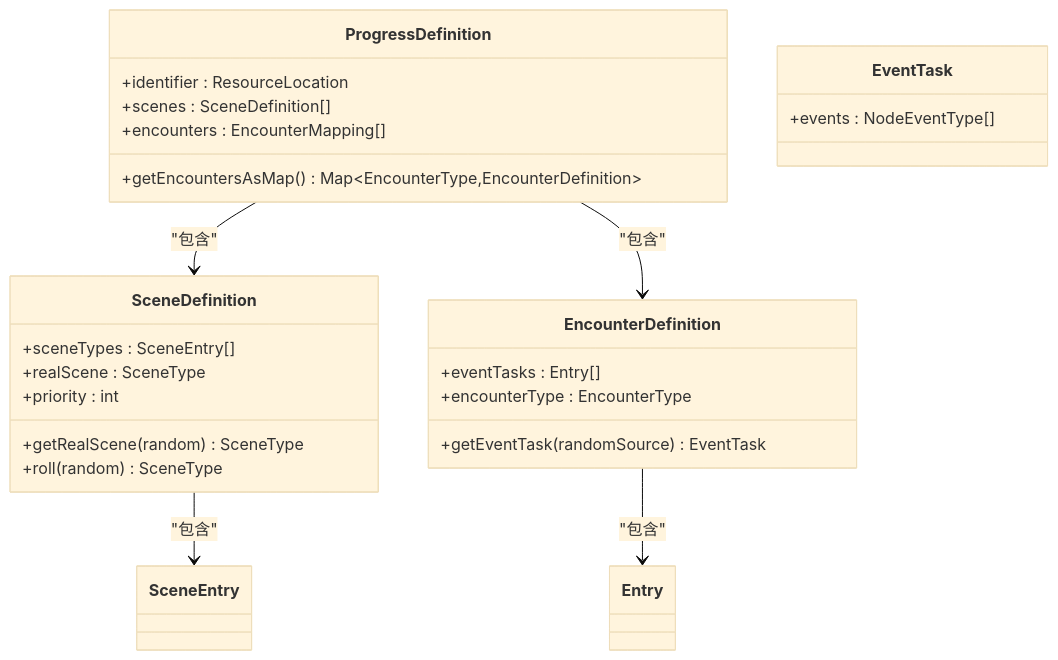
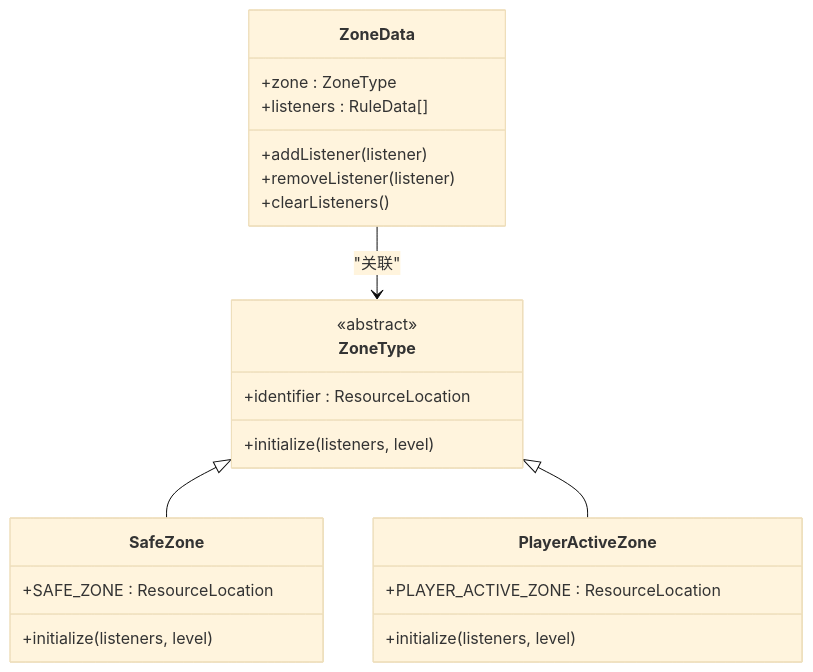
Before and after one commit to Ver-shift/SubModulesGeneHunter: the seventh of 11 diagrams in .qoder/repowiki/zh/content/模块架构/Beyond安全区模块/Beyond安全区模块.md, drawn with Mermaid (base theme). The commit also changed other lines of this file and 61 other files, not shown here.

````diff
--- a/.qoder/repowiki/zh/content/模块架构/Beyond安全区模块/Beyond安全区模块.md
+++ b/.qoder/repowiki/zh/content/模块架构/Beyond安全区模块/Beyond安全区模块.md
@@ -589,28 +336,26 @@
 ```mermaid
 classDiagram
-class ProgressDefinition {
+class ZoneType {
+<<abstract>>
 +identifier : ResourceLocation
-+scenes : SceneDefinition[]
-+encounters : EncounterMapping[]
-+getEncountersAsMap() Map~EncounterType,EncounterDefinition~
++initialize(listeners, level)
 }
-class SceneDefinition {
-+sceneTypes : SceneEntry[]
-+realScene : SceneType
-+priority : int
-+getRealScene(random) SceneType
-+roll(random) SceneType
+class ZoneData {
++zone : ZoneType
++listeners : RuleData[]
++addListener(listener)
++removeListener(listener)
++clearListeners()
 }
-class EncounterDefinition {
-+eventTasks : Entry[]
-+encounterType : EncounterType
-+getEventTask(randomSource) EventTask
+class SafeZone {
++SAFE_ZONE : ResourceLocation
++initialize(listeners, level)
 }
-class EventTask {
-+events : NodeEventType[]
+class PlayerActiveZone {
++PLAYER_ACTIVE_ZONE : ResourceLocation
++initialize(listeners, level)
 }
-ProgressDefinition --> SceneDefinition : "包含"
-ProgressDefinition --> EncounterDefinition : "包含"
-SceneDefinition --> SceneEntry : "包含"
-EncounterDefinition --> Entry : "包含"
+ZoneType <|-- SafeZone
+ZoneType <|-- PlayerActiveZone
+ZoneData --> ZoneType : "关联"
 ```
````
